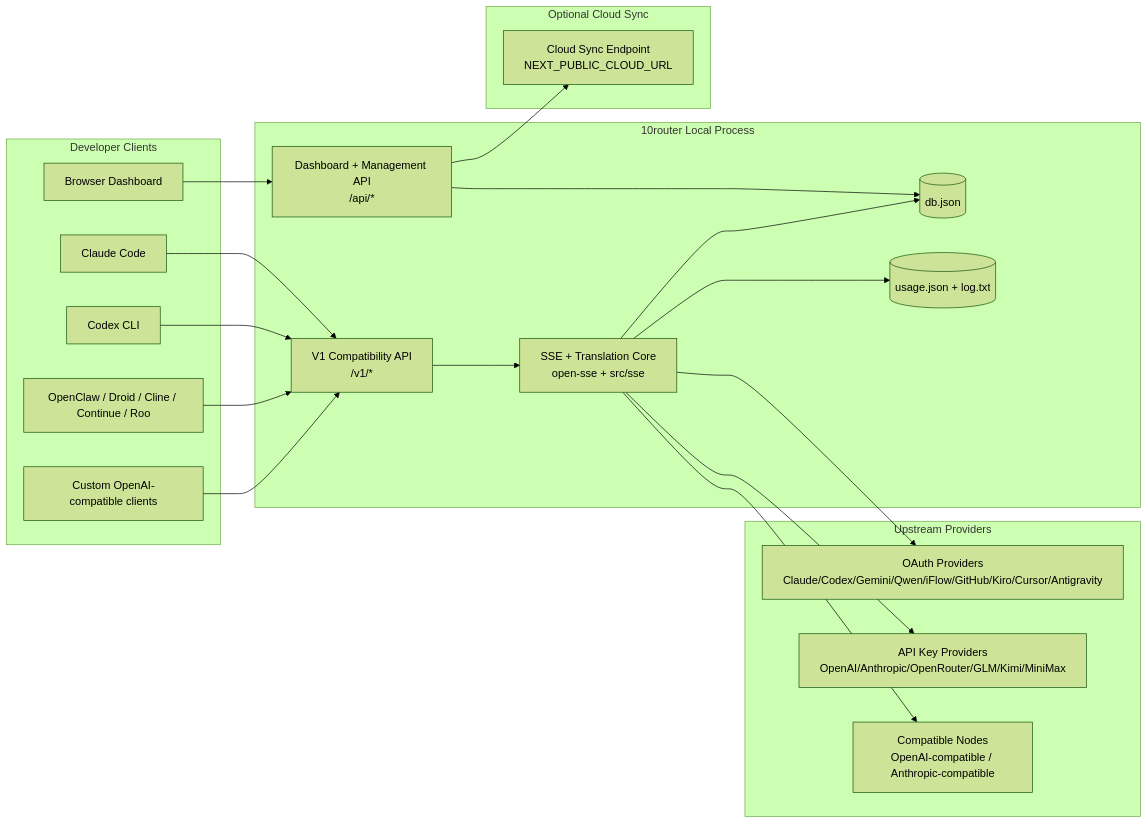
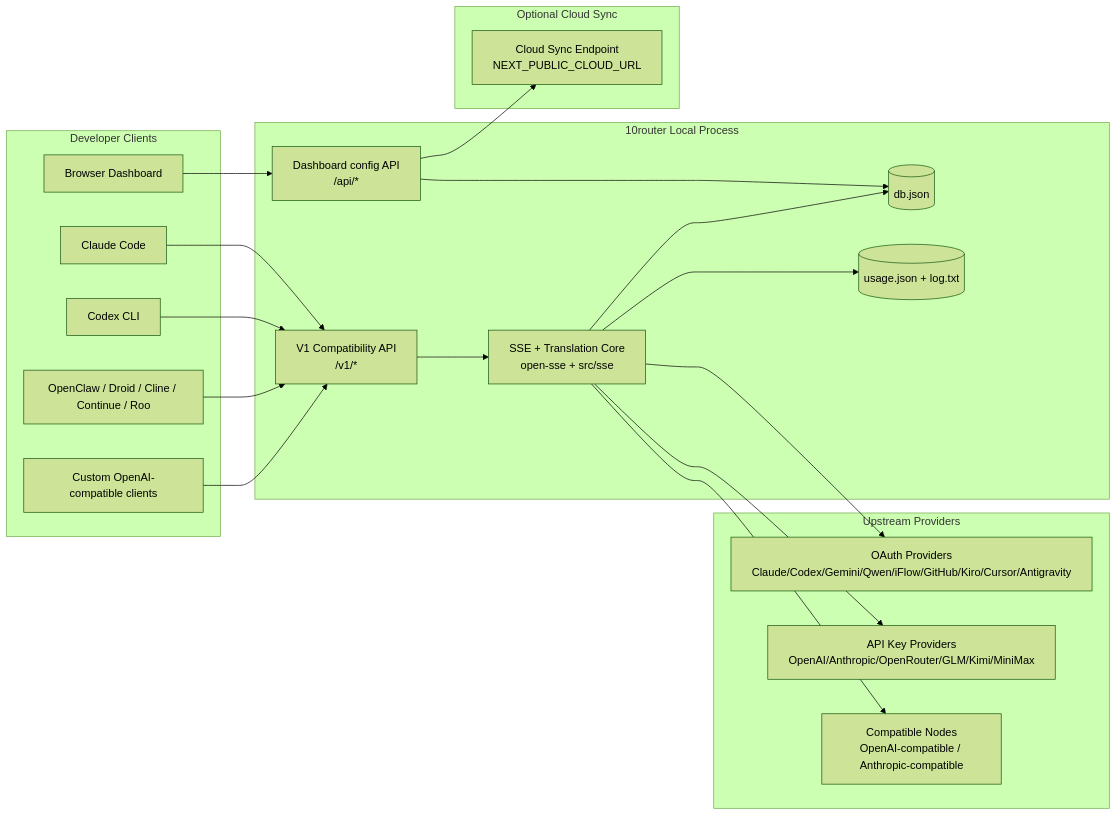
Before and after one commit to some-du6e/10router: the first of 7 diagrams in docs/ARCHITECTURE.md, drawn with Mermaid (forest theme). The commit also changed other lines of this file and 46 other files, not shown here.

First line of the commit message:
feat(keys): add scoped management keys for managing client and provider keys over an API (#135)

````diff
--- a/docs/ARCHITECTURE.md
+++ b/docs/ARCHITECTURE.md
@@ -45,45 +46,45 @@
 ```mermaid
 flowchart LR
     subgraph Clients[Developer Clients]
         C1[Claude Code]
         C2[Codex CLI]
         C3[OpenClaw / Droid / Cline / Continue / Roo]
         C4[Custom OpenAI-compatible clients]
         BROWSER[Browser Dashboard]
     end
 
     subgraph Router[10router Local Process]
         API[V1 Compatibility API\n/v1/*]
-        DASH[Dashboard + Management API\n/api/*]
+        DASH[Dashboard config API\n/api/*]
         CORE[SSE + Translation Core\nopen-sse + src/sse]
         DB[(db.json)]
         UDB[(usage.json + log.txt)]
     end
 
     subgraph Upstreams[Upstream Providers]
         P1[OAuth Providers\nClaude/Codex/Gemini/Qwen/iFlow/GitHub/Kiro/Cursor/Antigravity]
         P2[API Key Providers\nOpenAI/Anthropic/OpenRouter/GLM/Kimi/MiniMax]
         P3[Compatible Nodes\nOpenAI-compatible / Anthropic-compatible]
     end
 
     subgraph Cloud[Optional Cloud Sync]
         CLOUD[Cloud Sync Endpoint\nNEXT_PUBLIC_CLOUD_URL]
     end
 
     C1 --> API
     C2 --> API
     C3 --> API
     C4 --> API
     BROWSER --> DASH
 
     API --> CORE
     DASH --> DB
     CORE --> DB
     CORE --> UDB
 
     CORE --> P1
     CORE --> P2
     CORE --> P3
 
     DASH --> CLOUD
 ```
````
